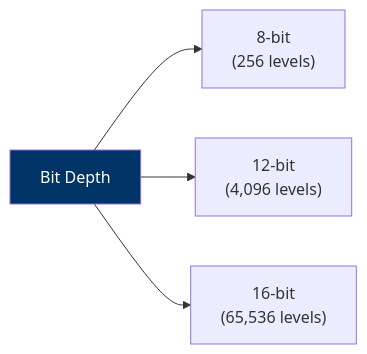
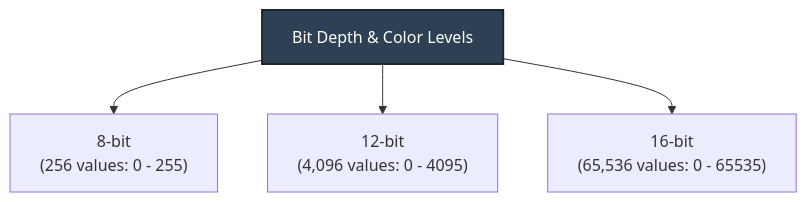
One commit to Rotten-Grapes-Pvt-Ltd/QGIS-WECS changed the second of 2 diagrams in docs/day2/03_satellite_characteristics.md. Above: the diagram before and after it, drawn with Mermaid. The commit also changed other lines of this file and 1 other file, not shown here.

````diff
--- a/docs/day2/03_satellite_characteristics.md
+++ b/docs/day2/03_satellite_characteristics.md
@@ -48,8 +111,8 @@
 ```mermaid
-graph LR
-    Bit["Bit Depth"] --> B8["8-bit<br/>(256 levels)"]
-    Bit --> B12["12-bit<br/>(4,096 levels)"]
-    Bit --> B16["16-bit<br/>(65,536 levels)"]
+graph TD
+    Bit["Bit Depth & Color Levels"] --> B8["8-bit<br/>(256 values: 0 - 255)"]
+    Bit --> B12["12-bit<br/>(4,096 values: 0 - 4095)"]
+    Bit --> B16["16-bit<br/>(65,536 values: 0 - 65535)"]
 
-    style Bit fill:#003366,color:#fff
+    style Bit fill:#2e4053,color:#fff,stroke:#1a252f,stroke-width:2px
 ```
````
